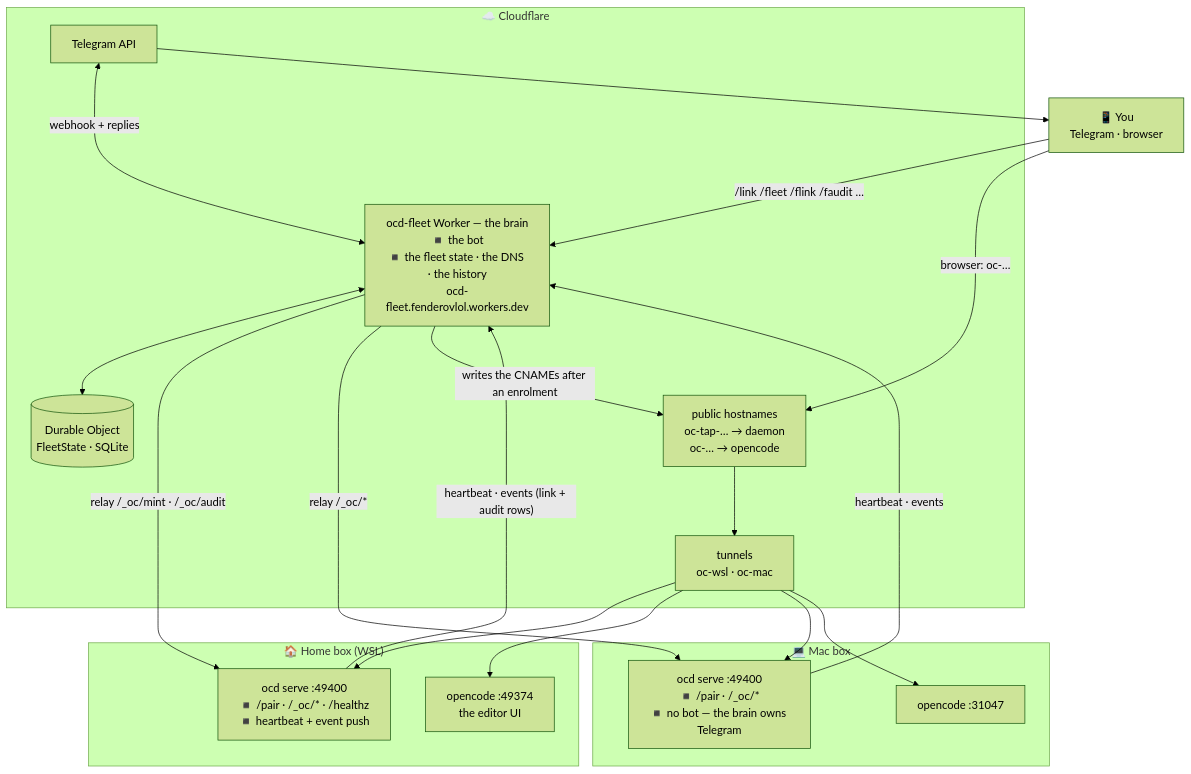
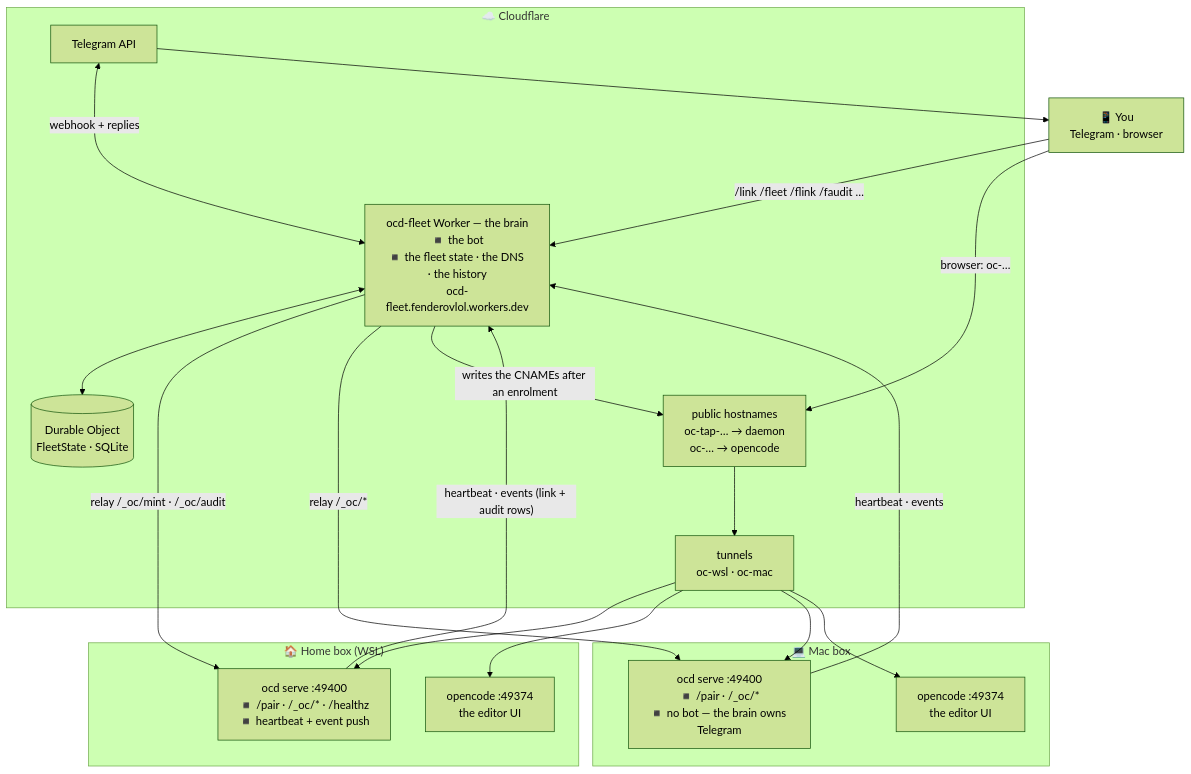
The first of 4 diagrams in docs/architecture.md (mfenderov/ocd), drawn with Mermaid (forest theme) before and after one commit. The commit also changed other lines of this file and 3 other files, not shown here.

````diff
--- a/docs/architecture.md
+++ b/docs/architecture.md
@@ -9,38 +9,38 @@
 ```mermaid
 flowchart TB
   U["📱 You<br/>Telegram · browser"]
 
   subgraph HOME["🏠 Home box (WSL)"]
     HD["ocd serve :49400<br/>◾ /pair · /_oc/* · /healthz<br/>◾ heartbeat + event push"]
     HE["opencode :49374<br/>the editor UI"]
   end
 
   subgraph MAC["💻 Mac box"]
     MD["ocd serve :49400<br/>◾ /pair · /_oc/*<br/>◾ no bot — the brain owns Telegram"]
-    ME["opencode :31047"]
+    ME["opencode :49374<br/>the editor UI"]
   end
 
   subgraph CF["☁️ Cloudflare"]
     TGAPI["Telegram API"]
     W["ocd-fleet Worker — the brain<br/>◾ the bot<br/>◾ the fleet state · the DNS · the history<br/>ocd-fleet.fenderovlol.workers.dev"]
     DO[("Durable Object<br/>FleetState · SQLite")]
     TUN["tunnels<br/>oc-wsl · oc-mac"]
     DNS["public hostnames<br/>oc-tap-… → daemon<br/>oc-… → opencode"]
   end
 
   U -->|"/link /fleet /flink /faudit …"| W
   TGAPI <-->|"webhook + replies"| W
   TGAPI --> U
   HD -->|"heartbeat · events (link + audit rows)"| W
   MD -->|"heartbeat · events"| W
   W <--> DO
   W -->|"relay /_oc/mint · /_oc/audit"| HD
   W -->|"relay /_oc/*"| MD
   W -->|"writes the CNAMEs after an enrolment"| DNS
   U -->|"browser: oc-…"| DNS
   DNS --> TUN
   TUN --> HD
   TUN --> HE
   TUN --> MD
   TUN --> ME
 ```
````
